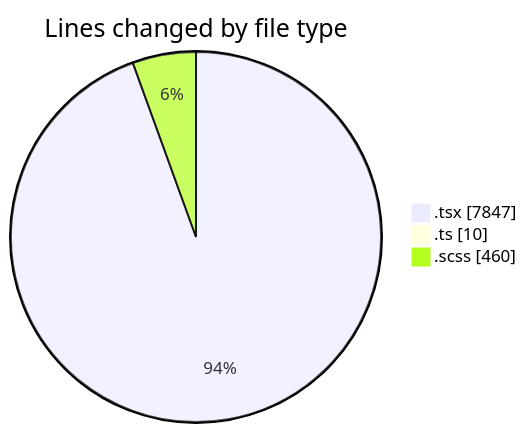
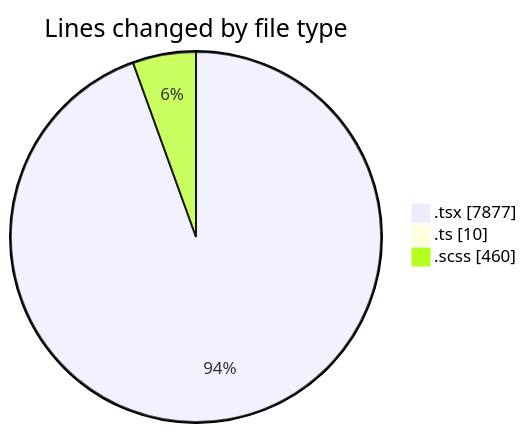
One commit to momahboobian/code-tracking changed the first of 2 diagrams in 2025-11-17/cda/README.md. Above: the diagram before and after it, drawn with Mermaid. The commit also changed other lines of this file and 1 other file, not shown here.

````diff
--- a/2025-11-17/cda/README.md
+++ b/2025-11-17/cda/README.md
@@ -34,7 +34,7 @@
 ```mermaid
 pie showData
 title Lines changed by file type
-".tsx" : 7847
+".tsx" : 7877
 ".ts" : 10
 ".scss" : 460
 ```
````
